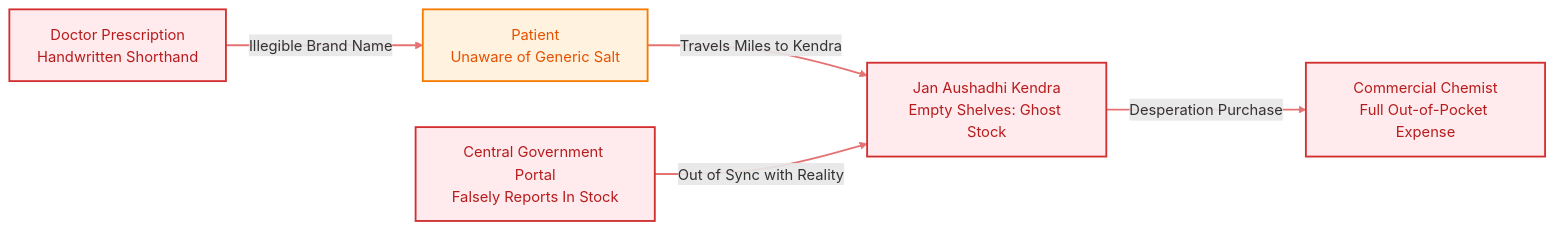
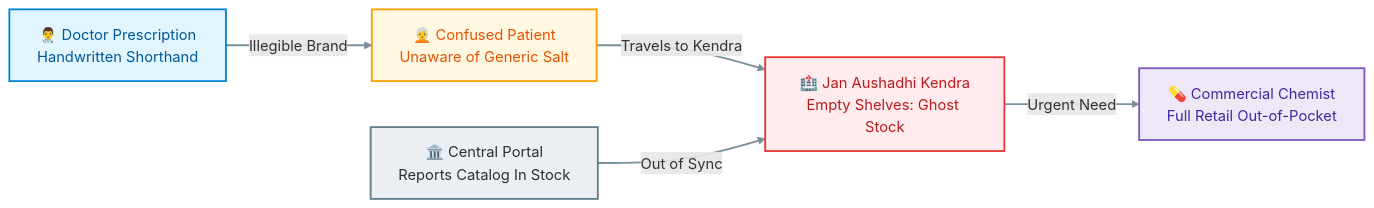
The first of 4 diagrams in README.md (Parth-Chavan-15/MedSetu-TechSprint), drawn with Mermaid before and after one commit. The commit also changed other lines of this file, not shown here.

Commit message:
docs: remove unverified poverty statistic, add 5 distinct colors to problem flowchart, and optimize node sizing

````diff
--- a/README.md
+++ b/README.md
@@ -45,15 +45,21 @@
 ```mermaid
 flowchart LR
-    RX["Doctor Prescription<br/>Handwritten Shorthand"] -->|Illegible Brand Name| PATIENT["Patient<br/>Unaware of Generic Salt"]
-    PATIENT -->|Travels Miles to Kendra| STORE["Jan Aushadhi Kendra<br/>Empty Shelves: Ghost Stock"]
-    DB["Central Government Portal<br/>Falsely Reports In Stock"] -->|Out of Sync with Reality| STORE
-    STORE -->|Desperation Purchase| RETAIL["Commercial Chemist<br/>Full Out-of-Pocket Expense"]
+    RX["👨‍⚕️ Doctor Prescription<br/>Handwritten Shorthand"] -->|Illegible Brand| PATIENT["🧑‍🦳 Confused Patient<br/>Unaware of Generic Salt"]
+    PATIENT -->|Travels to Kendra| KENDRA["🏥 Jan Aushadhi Kendra<br/>Empty Shelves: Ghost Stock"]
+    PORTAL["🏛️ Central Portal<br/>Reports Catalog In Stock"] -->|Out of Sync| KENDRA
+    KENDRA -->|Urgent Need| RETAIL["💊 Commercial Chemist<br/>Full Retail Out-of-Pocket"]
 
-    classDef redNode fill:#FFEBEE,stroke:#D32F2F,color:#B71C1C,stroke-width:2px;
-    classDef warnNode fill:#FFF3E0,stroke:#F57C00,color:#E65100,stroke-width:2px;
+    classDef clinic fill:#E1F5FE,stroke:#0288D1,color:#01579B,stroke-width:2px;
+    classDef patient fill:#FFF8E1,stroke:#FFA000,color:#E65100,stroke-width:2px;
+    classDef portal fill:#ECEFF1,stroke:#607D8B,color:#263238,stroke-width:2px;
+    classDef kendra fill:#FFEBEE,stroke:#E53935,color:#B71C1C,stroke-width:2px;
+    classDef retail fill:#EDE7F6,stroke:#7E57C2,color:#4527A0,stroke-width:2px;
 
-    class RX,DB,STORE,RETAIL redNode;
-    class PATIENT warnNode;
+    class RX clinic;
+    class PATIENT patient;
+    class PORTAL portal;
+    class KENDRA kendra;
+    class RETAIL retail;
 
-    linkStyle default stroke:#E57373,stroke-width:2px;
+    linkStyle default stroke:#78909C,stroke-width:2px;
 ```
````
